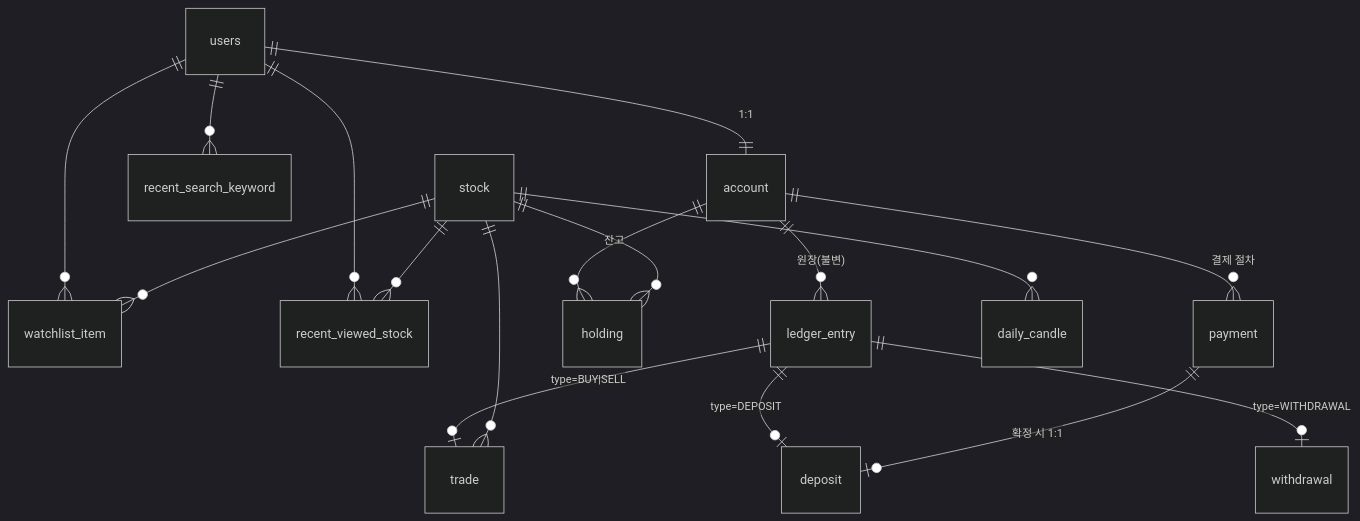
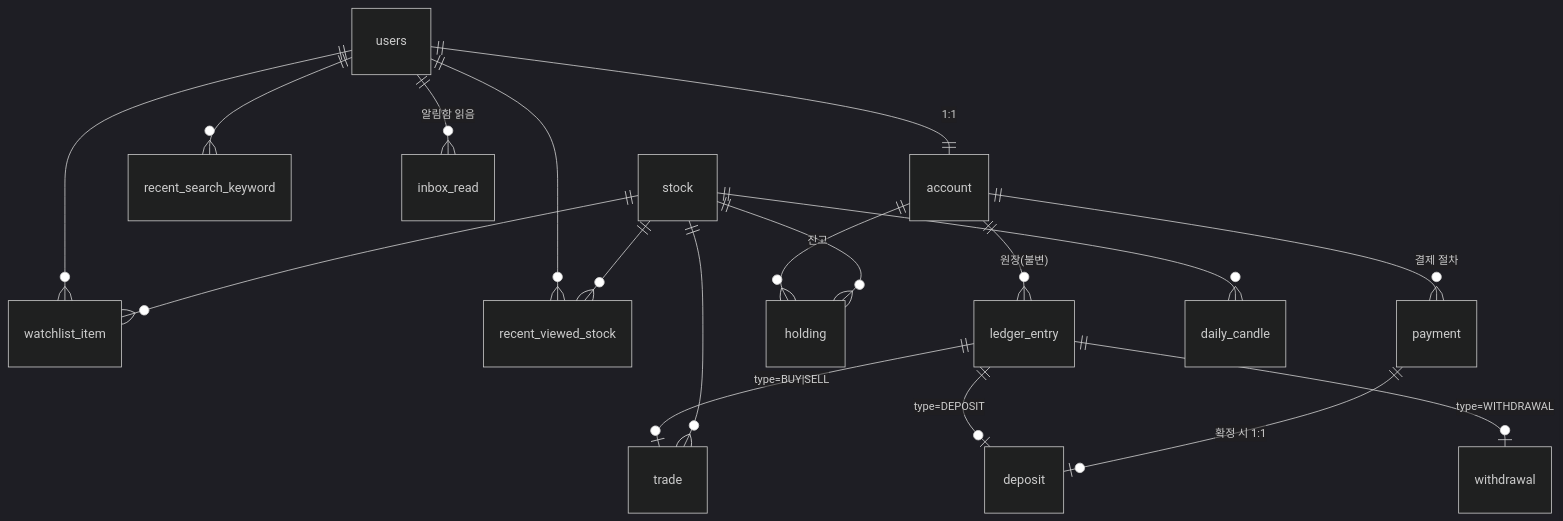
Before and after one commit to Team-FINCH/finch-docs: the diagram in docs/erd/erd.md, drawn with Mermaid (dark theme). The commit also changed other lines of this file and 2 other files, not shown here.

First line of the commit message:
docs: 알림함 계약과 inbox_read 테이블을 문서에 넣는다

````diff
--- a/docs/erd/erd.md
+++ b/docs/erd/erd.md
@@ -26,22 +28,23 @@
 ```mermaid
 erDiagram
     users ||--|| account : "1:1"
     users ||--o{ watchlist_item : ""
     users ||--o{ recent_viewed_stock : ""
     users ||--o{ recent_search_keyword : ""
+    users ||--o{ inbox_read : "알림함 읽음"
 
     account ||--o{ ledger_entry : "원장(불변)"
     account ||--o{ holding : "잔고"
 
     account ||--o{ payment : "결제 절차"
     ledger_entry ||--o| deposit : "type=DEPOSIT"
     ledger_entry ||--o| withdrawal : "type=WITHDRAWAL"
     ledger_entry ||--o| trade : "type=BUY|SELL"
     payment ||--o| deposit : "확정 시 1:1"
 
     stock ||--o{ daily_candle : ""
     stock ||--o{ holding : ""
     stock ||--o{ trade : ""
     stock ||--o{ watchlist_item : ""
     stock ||--o{ recent_viewed_stock : ""
 ```
````
